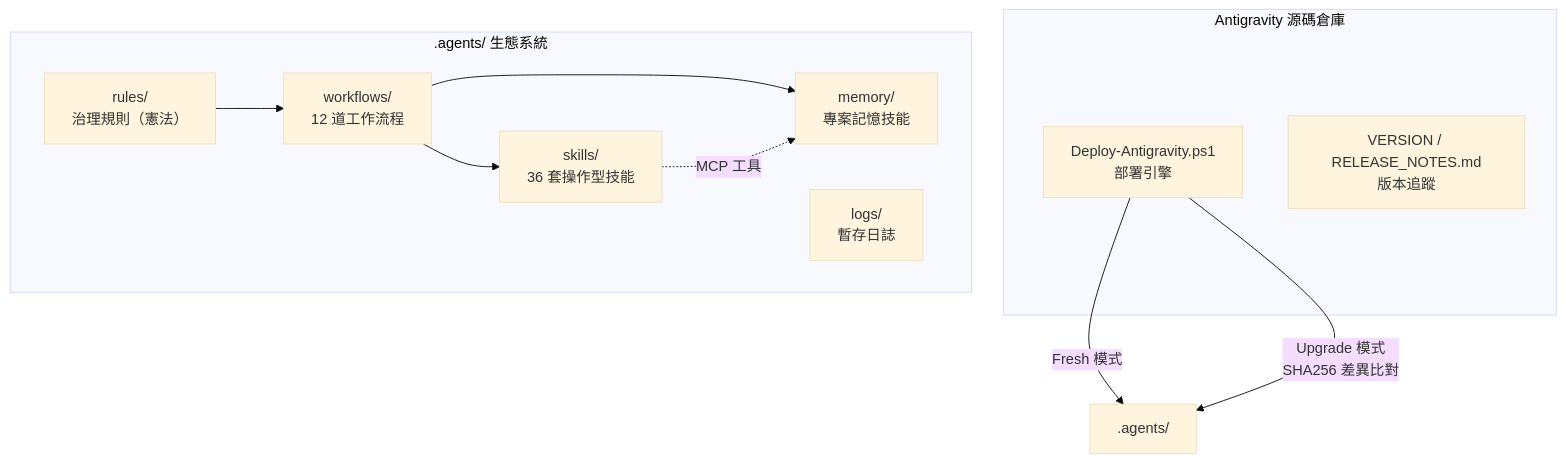
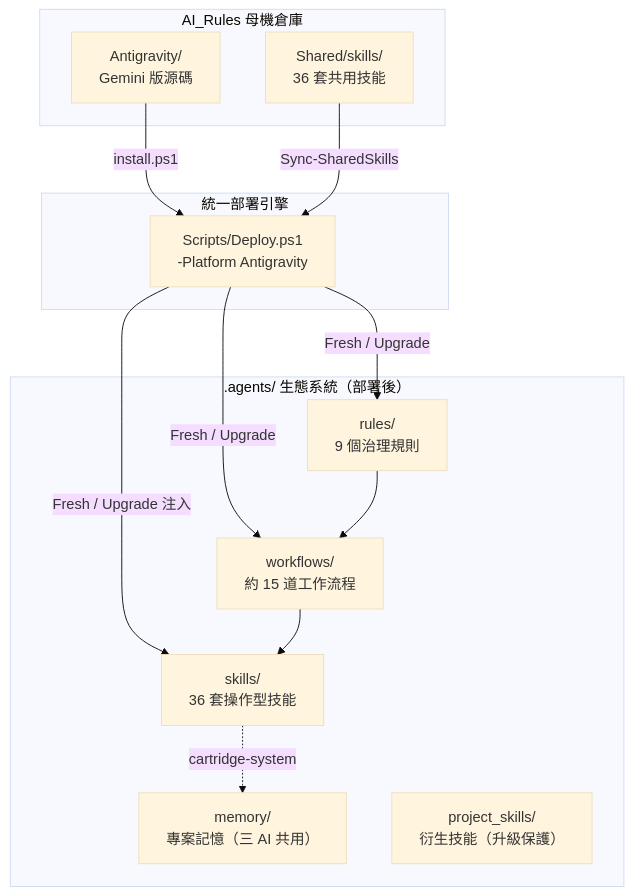
One commit to Kunshao1117/AI_Rules changed the first of 3 diagrams in Antigravity/README.md. Above: the diagram before and after it, drawn with Mermaid (base theme). The commit also changed other lines of this file and 223 other files, not shown here.

````diff
--- a/Antigravity/README.md
+++ b/Antigravity/README.md
@@ -74,23 +74,28 @@
 ```mermaid
 graph TB
-    subgraph "Antigravity 源碼倉庫"
-        DEPLOY["Deploy-Antigravity.ps1<br/>部署引擎"]
-        VERSION["VERSION / RELEASE_NOTES.md<br/>版本追蹤"]
+    subgraph "AI_Rules 母機倉庫"
+        SRC["Antigravity/<br/>Gemini 版源碼"]
+        SH["Shared/skills/<br/>36 套共用技能"]
     end
 
-    subgraph ".agents/ 生態系統"
-        RULES["rules/<br/>治理規則（憲法）"]
-        WF["workflows/<br/>12 道工作流程"]
-        SKILLS["skills/<br/>36 套操作型技能"]
-        MEM["memory/<br/>專案記憶技能"]
-        LOGS["logs/<br/>暫存日誌"]
+    subgraph "統一部署引擎"
+        DEPLOY["Scripts/Deploy.ps1<br/>-Platform Antigravity"]
     end
 
-    DEPLOY -->|"Fresh 模式"| .agents/
-    DEPLOY -->|"Upgrade 模式<br/>SHA256 差異比對"| .agents/
+    subgraph ".agents/ 生態系統（部署後）"
+        RULES["rules/<br/>9 個治理規則"]
+        WF["workflows/<br/>約 15 道工作流程"]
+        SKILLS["skills/<br/>36 套操作型技能"]
+        MEM["memory/<br/>專案記憶（三 AI 共用）"]
+        PROJ["project_skills/<br/>衍生技能（升級保護）"]
+    end
 
+    SRC -->|"install.ps1"| DEPLOY
+    SH -->|"Sync-SharedSkills"| DEPLOY
+    DEPLOY -->|"Fresh / Upgrade"| RULES
+    DEPLOY -->|"Fresh / Upgrade"| WF
+    DEPLOY -->|"Fresh / Upgrade 注入"| SKILLS
     RULES --> WF
     WF --> SKILLS
-    WF --> MEM
-    SKILLS -.->|"MCP 工具"| MEM
+    SKILLS -.->|"cartridge-system"| MEM
 ```
````
